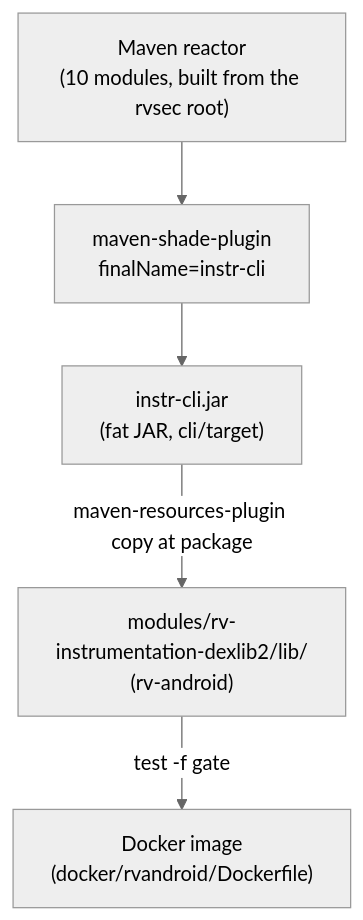
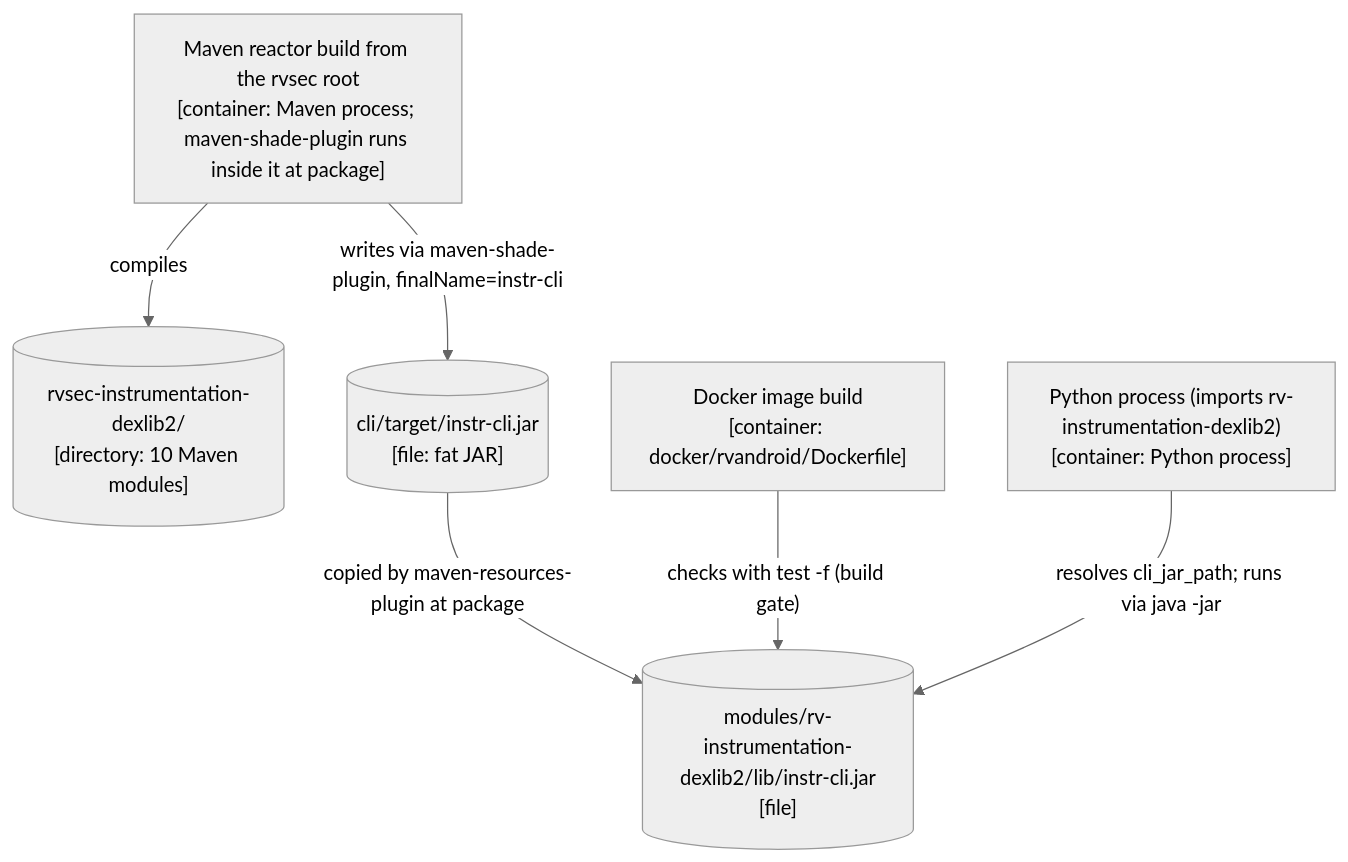
The fifth of 5 diagrams in rv-android/docs/architecture/instrumentation-java.md (PAMunb/rvsec), drawn with Mermaid before and after one commit. The commit also changed other lines of this file and 7 other files, not shown here.

````diff
--- a/rv-android/docs/architecture/instrumentation-java.md
+++ b/rv-android/docs/architecture/instrumentation-java.md
@@ -1060,14 +1146,17 @@
 ```mermaid
 %%{init: {'theme': 'neutral'}}%%
 flowchart TB
-  reactor["Maven reactor<br/>(10 modules, built from the rvsec root)"]
-  shade["maven-shade-plugin<br/>finalName=instr-cli"]
-  jar["instr-cli.jar<br/>(fat JAR, cli/target)"]
-  libdir["modules/rv-instrumentation-dexlib2/lib/<br/>(rv-android)"]
-  docker["Docker image<br/>(docker/rvandroid/Dockerfile)"]
+  %% Source: ../rvsec/rvsec-android/rvsec-instrumentation-dexlib2/pom.xml, ../rvsec/rvsec-android/rvsec-instrumentation-dexlib2/cli/pom.xml, modules/rv-instrumentation-dexlib2/src/rv_instrumentation_dexlib2/config.py, docker/rvandroid/Dockerfile
+  srcdir[("rvsec-instrumentation-dexlib2/<br/>[directory: 10 Maven modules]")]
+  reactor["Maven reactor build from the rvsec root<br/>[container: Maven process; maven-shade-plugin runs inside it at package]"]
+  jar[("cli/target/instr-cli.jar<br/>[file: fat JAR]")]
+  libdir[("modules/rv-instrumentation-dexlib2/lib/instr-cli.jar<br/>[file]")]
+  docker["Docker image build<br/>[container: docker/rvandroid/Dockerfile]"]
+  py["Python process (imports rv-instrumentation-dexlib2)<br/>[container: Python process]"]
 
-  reactor --> shade
-  shade --> jar
-  jar -->|maven-resources-plugin copy at package| libdir
-  libdir -->|test -f gate| docker
+  reactor -->|"compiles"| srcdir
+  reactor -->|"writes via maven-shade-plugin, finalName=instr-cli"| jar
+  jar -->|"copied by maven-resources-plugin at package"| libdir
+  docker -->|"checks with test -f (build gate)"| libdir
+  py -->|"resolves cli_jar_path; runs via java -jar"| libdir
 ```
````
